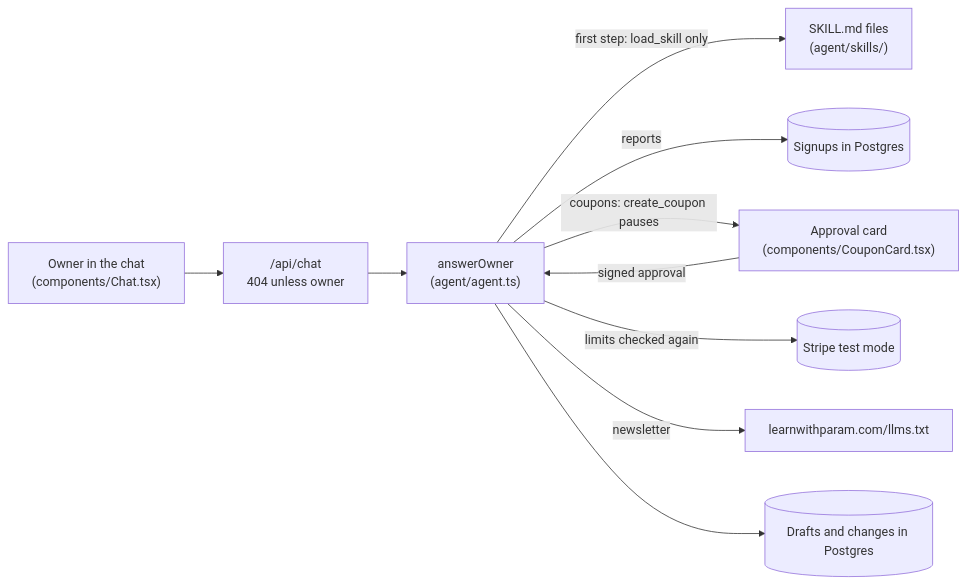
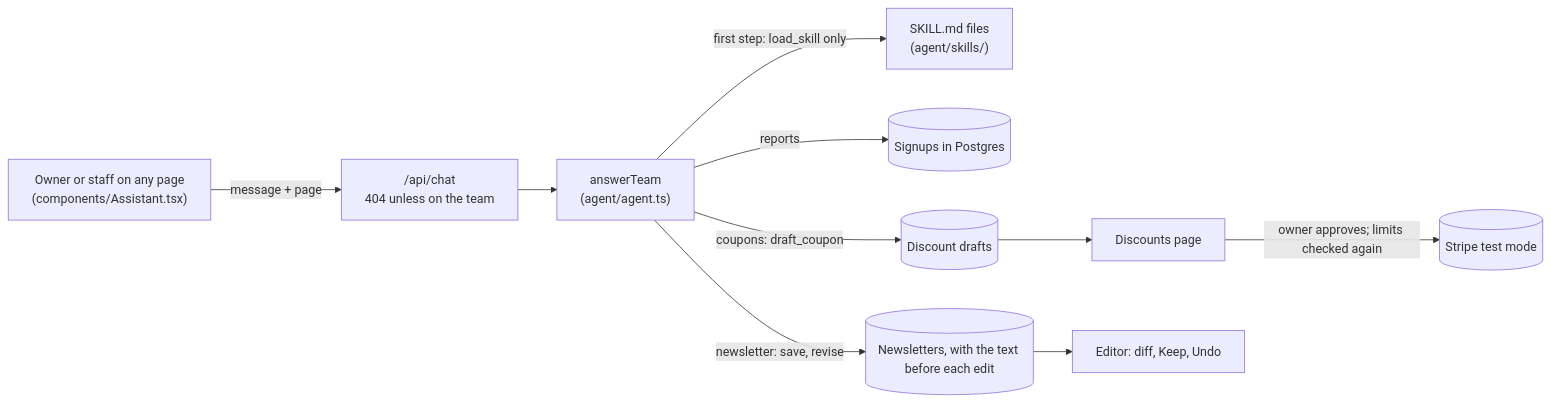
The diagram in 05-admin-assistant/README.md (learnwithparam/ai-bootcamp), drawn with Mermaid before and after one commit. The commit also changed other lines of this file and 75 other files, not shown here.

````diff
--- a/05-admin-assistant/README.md
+++ b/05-admin-assistant/README.md
@@ -68,12 +99,12 @@
 ```mermaid
 flowchart LR
-  owner["Owner in the chat<br/>(components/Chat.tsx)"] --> route["/api/chat<br/>404 unless owner"]
-  route --> agent["answerOwner<br/>(agent/agent.ts)"]
+  person["Owner or staff on any page<br/>(components/Assistant.tsx)"] -->|"message + page"| route["/api/chat<br/>404 unless on the team"]
+  route --> agent["answerTeam<br/>(agent/agent.ts)"]
   agent -->|"first step: load_skill only"| skills["SKILL.md files<br/>(agent/skills/)"]
   agent -->|reports| db[(Signups in Postgres)]
-  agent -->|"coupons: create_coupon pauses"| card["Approval card<br/>(components/CouponCard.tsx)"]
-  card -->|"signed approval"| agent
-  agent -->|"limits checked again"| stripe[(Stripe test mode)]
-  agent -->|newsletter| catalog["learnwithparam.com/llms.txt"]
-  agent --> log[(Drafts and changes in Postgres)]
+  agent -->|"coupons: draft_coupon"| drafts[(Discount drafts)]
+  agent -->|"newsletter: save, revise"| letters[(Newsletters, with the text before each edit)]
+  drafts --> page["Discounts page"]
+  page -->|"owner approves; limits checked again"| stripe[(Stripe test mode)]
+  letters --> editor["Editor: diff, Keep, Undo"]
 ```
````
